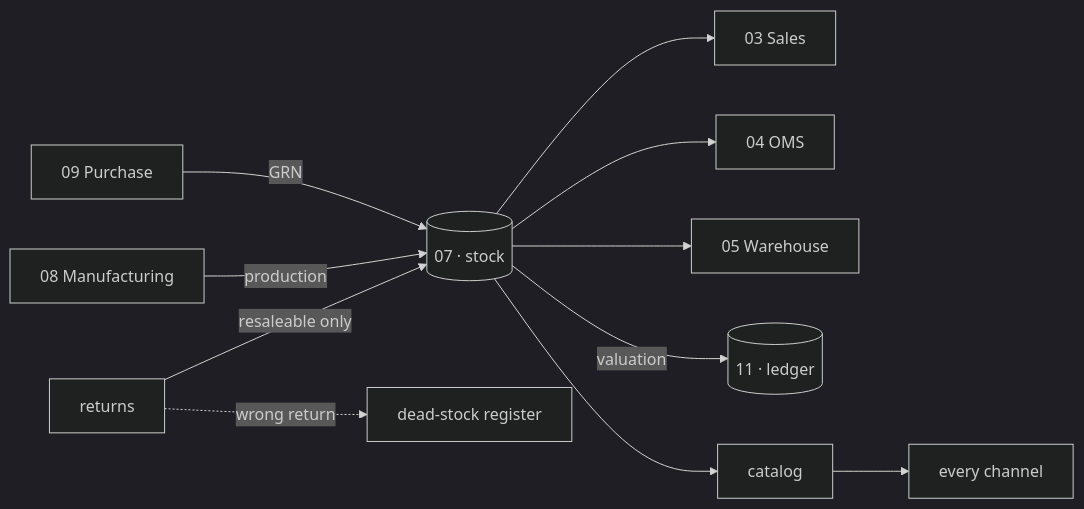
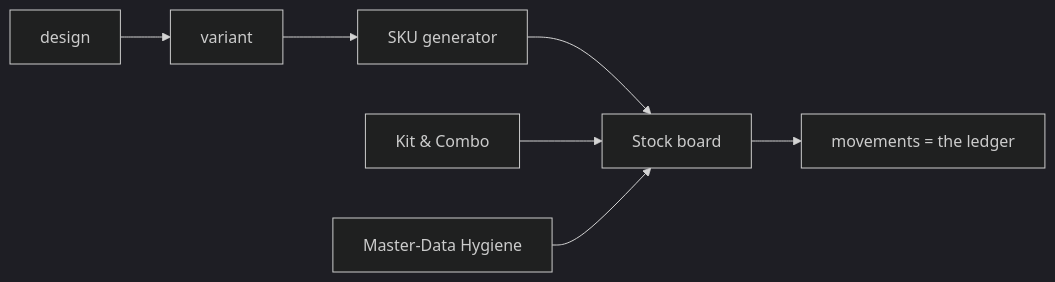
The seventh of 16 diagrams in VASTRANGAM_MODULES_COMPLETE.md (vastrangam/AI_Content_Engine), drawn with Mermaid (dark theme) before and after one commit. The commit also changed other lines of this file and 1 other file, not shown here.

````diff
--- a/VASTRANGAM_MODULES_COMPLETE.md
+++ b/VASTRANGAM_MODULES_COMPLETE.md
@@ -591,12 +531,8 @@
 ```mermaid
 flowchart LR
-  P[09 Purchase] -->|GRN| INV[(07 · stock)]
-  MF[08 Manufacturing] -->|production| INV
-  INV --> S[03 Sales]
-  INV --> O[04 OMS]
-  INV --> W[05 Warehouse]
-  INV -->|valuation| GL[(11 · ledger)]
-  R[returns] -->|resaleable only| INV
-  R -.wrong return.-> DEAD[dead-stock register]
-  INV --> PIM[catalog] --> CH[every channel]
+  DES[design] --> VAR[variant] --> SKU[SKU generator]
+  SKU --> STK[Stock board]
+  STK --> MOV[movements = the ledger]
+  KIT[Kit & Combo] --> STK
+  HYG[Master-Data Hygiene] --> STK
 ```
````
